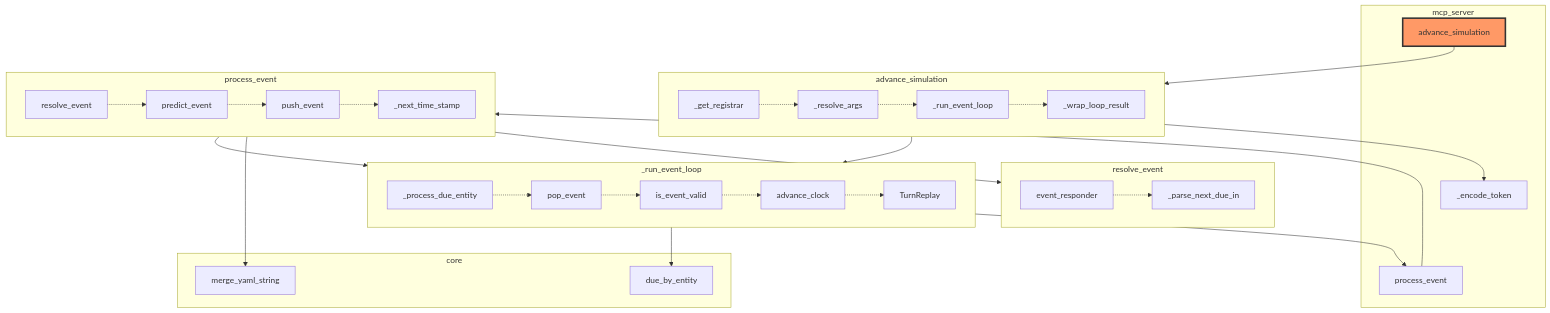
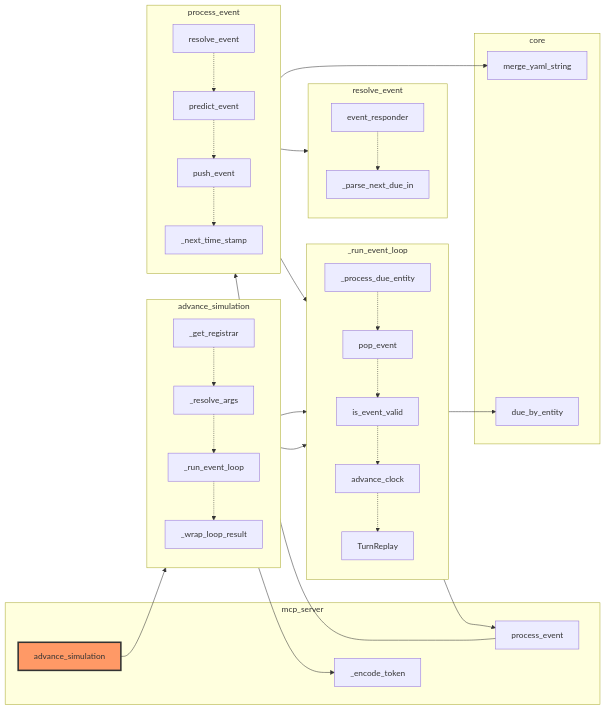
Before and after one commit to zhafen/story-simulator: the first of 2 diagrams in docs/architecture/advance_simulation.md, drawn with Mermaid. The commit also changed other lines of this file, not shown here.

First line of the commit message:
Regenerate entry-point diagram: node-sourced edges, LR overall/TB boxes

````diff
--- a/docs/architecture/advance_simulation.md
+++ b/docs/architecture/advance_simulation.md
@@ -46,61 +46,62 @@
 ```mermaid
-flowchart TD
+flowchart LR
     subgraph sg0["core"]
         n12["due_by_entity"]
         n17["merge_yaml_string"]
     end
     subgraph sg1["mcp_server"]
         n0["advance_simulation"]
         n6["_encode_token"]
         n11["process_event"]
     end
     subgraph seq0["advance_simulation"]
-        direction LR
+        direction TB
         n2["_get_registrar"]
         n1["_resolve_args"]
         n4["_run_event_loop"]
         n3["_wrap_loop_result"]
         n2 -.-> n1
         n1 -.-> n4
         n4 -.-> n3
     end
     subgraph seq3["_run_event_loop"]
-        direction LR
+        direction TB
         n7["_process_due_entity"]
         n10["pop_event"]
         n8["is_event_valid"]
         n9["advance_clock"]
         n5["TurnReplay"]
         n7 -.-> n10
         n10 -.-> n8
         n8 -.-> n9
         n9 -.-> n5
     end
     subgraph seq6["process_event"]
-        direction LR
+        direction TB
         n15["resolve_event"]
         n13["predict_event"]
         n14["push_event"]
         n16["_next_time_stamp"]
         n15 -.-> n13
         n13 -.-> n14
         n14 -.-> n16
     end
     subgraph seq9["resolve_event"]
-        direction LR
+        direction TB
         n19["event_responder"]
         n18["_parse_next_due_in"]
         n19 -.-> n18
     end
     n0 --> seq0
-    seq0 --> seq3
-    seq0 --> n6
-    seq3 --> n11
-    seq3 --> n12
+    n1 --> seq3
+    n3 --> n6
+    n4 --> seq3
+    n7 --> n11
+    n9 --> n12
     n11 --> seq6
-    seq6 --> seq3
-    seq6 --> n17
-    seq6 --> seq9
+    n13 --> seq3
+    n14 --> n17
+    n15 --> seq9
     class n0 rootNode
     classDef rootNode fill:#f96,stroke:#333,stroke-width:3px
 ```
````
